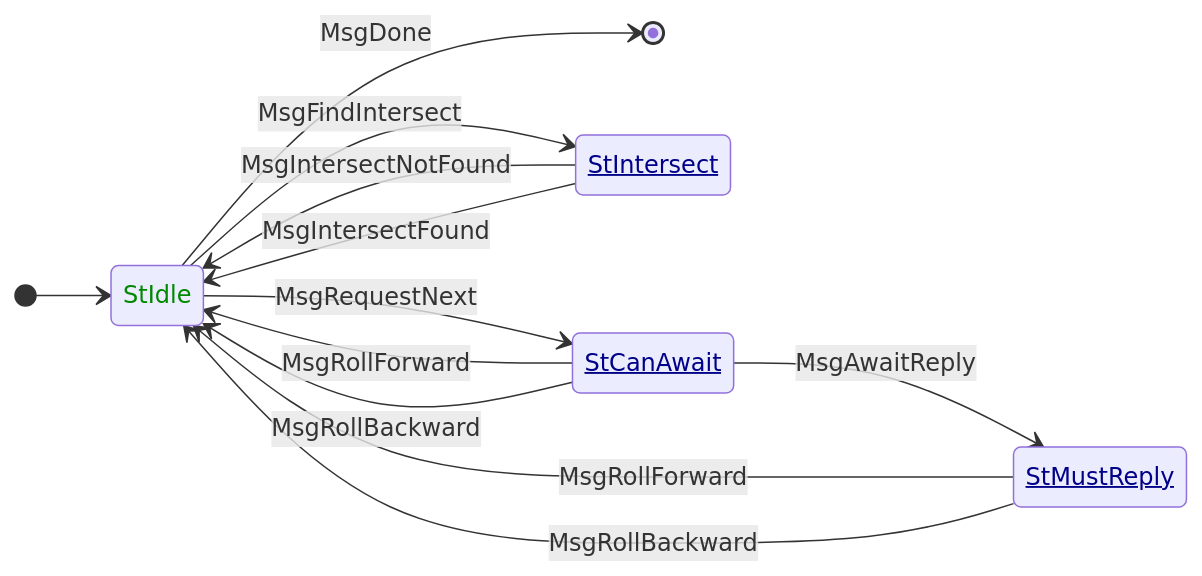
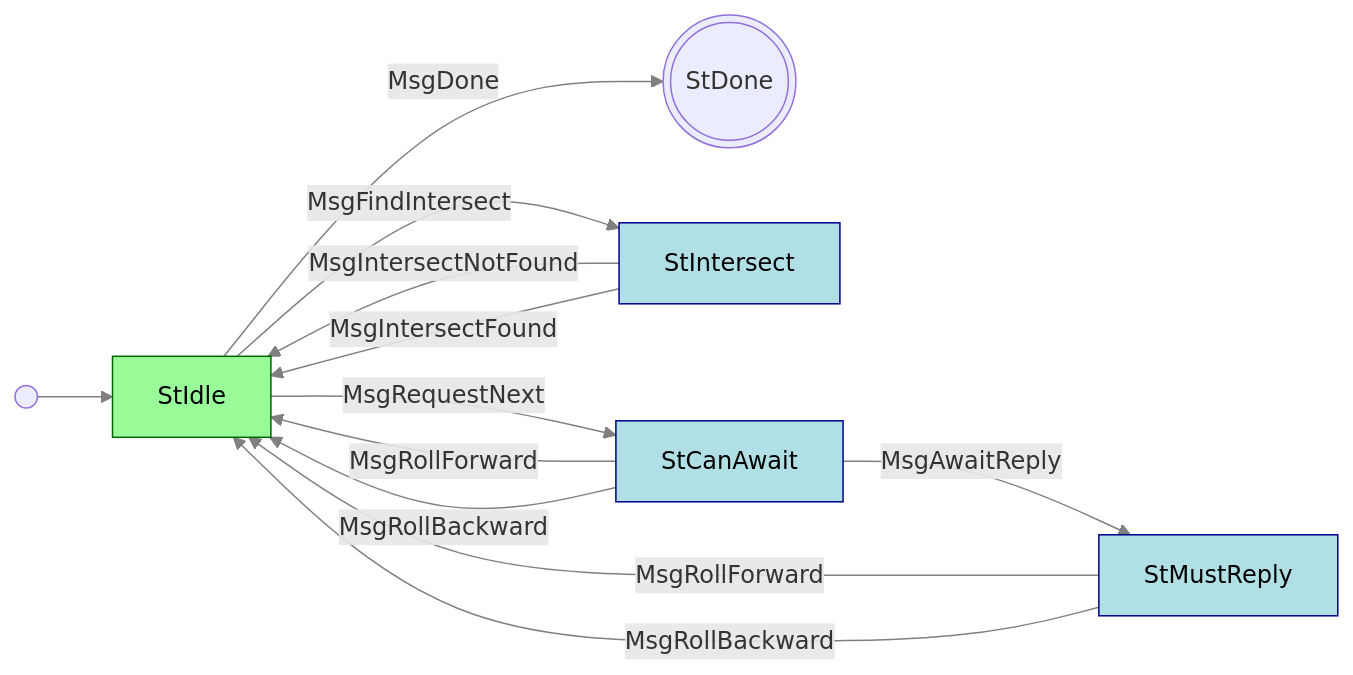
Before and after one commit to rkuhn/cardano-blueprint: the diagram in src/network/node-to-node/chainsync/README.md, drawn with Mermaid. The commit also changed other lines of this file and 11 other files, not shown here.

First line of the commit message:
Improve readability of state diagrams

````diff
--- a/src/network/node-to-node/chainsync/README.md
+++ b/src/network/node-to-node/chainsync/README.md
@@ -34,22 +34,23 @@
 ```mermaid
-stateDiagram
-    direction LR
-    [*] --> StIdle
-    StIdle --> [*]: MsgDone
-    StIdle --> StIntersect: MsgFindIntersect
-    StIdle --> StCanAwait: MsgRequestNext
-    StIntersect --> StIdle: MsgIntersectNotFound
-    StIntersect --> StIdle: MsgIntersectFound
-    StCanAwait --> StIdle: MsgRollForward
-    StCanAwait --> StIdle: MsgRollBackward
-    StCanAwait --> StMustReply: MsgAwaitReply
-    StMustReply --> StIdle: MsgRollForward
-    StMustReply --> StIdle: MsgRollBackward
+graph LR
+    classDef client color:black,fill:PaleGreen,stroke:DarkGreen;
+    classDef server color:black,fill:PowderBlue,stroke:DarkBlue;
+    linkStyle default stroke:gray
 
-    classDef initiator color:#080
-    classDef responder color:#008, text-decoration: underline
-    class StIdle initiator
-    class StCanAwait responder
-    class StIntersect responder
-    class StMustReply responder
+    StDone(((StDone)))
+
+    i(( )) --> StIdle
+    StIdle --MsgDone--> StDone
+    StIdle --MsgFindIntersect--> StIntersect
+    StIdle --MsgRequestNext--> StCanAwait
+    StIntersect --MsgIntersectNotFound--> StIdle
+    StIntersect --MsgIntersectFound--> StIdle
+    StCanAwait --MsgRollForward--> StIdle
+    StCanAwait --MsgRollBackward--> StIdle
+    StCanAwait --MsgAwaitReply--> StMustReply
+    StMustReply --MsgRollForward--> StIdle
+    StMustReply --MsgRollBackward--> StIdle
+
+    class StIdle client
+    class StCanAwait,StIntersect,StMustReply server
 ```
````
